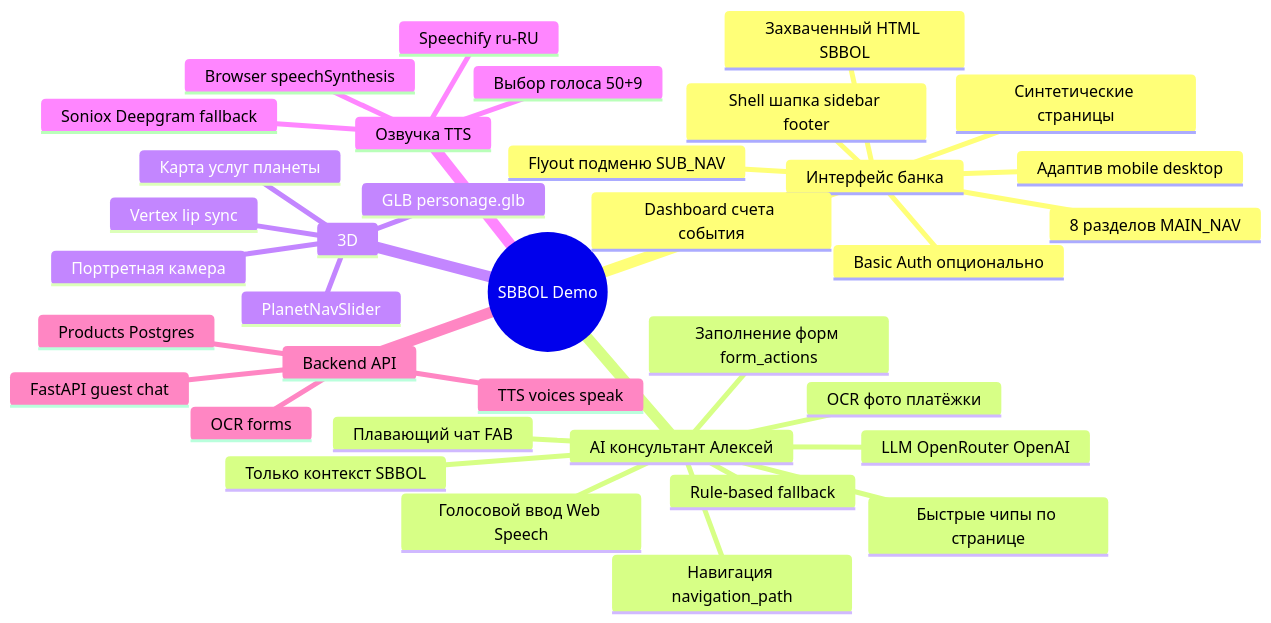
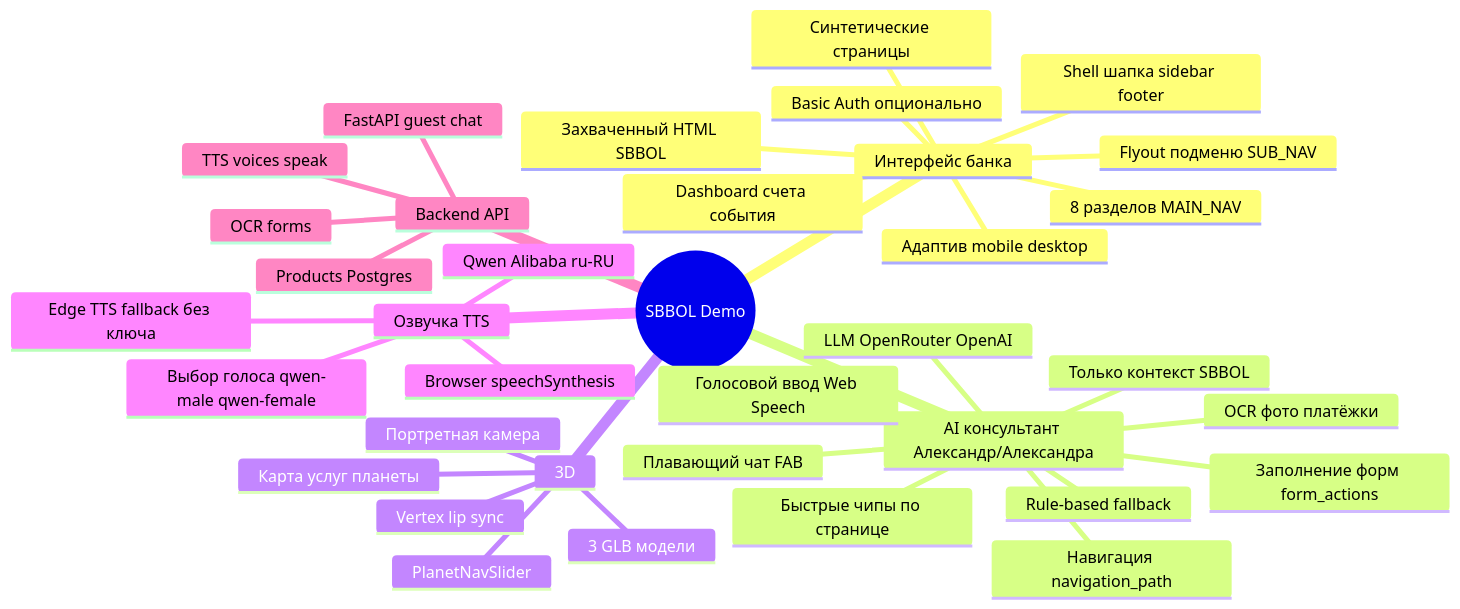
The first of 13 diagrams in docs/FEATURE_MAP.md (grrraaaa/mvp), drawn with Mermaid before and after one commit. The commit also changed other lines of this file and 56 other files, not shown here.

````diff
--- a/docs/FEATURE_MAP.md
+++ b/docs/FEATURE_MAP.md
@@ -11,39 +11,39 @@
 ```mermaid
 mindmap
   root((SBBOL Demo))
     Интерфейс банка
       Shell шапка sidebar footer
       8 разделов MAIN_NAV
       Flyout подменю SUB_NAV
       Dashboard счета события
       Захваченный HTML SBBOL
       Синтетические страницы
       Адаптив mobile desktop
       Basic Auth опционально
-    AI консультант Алексей
+    AI консультант Александр/Александра
       Плавающий чат FAB
       LLM OpenRouter OpenAI
       Rule-based fallback
       Только контекст SBBOL
       Навигация navigation_path
       Заполнение форм form_actions
       Быстрые чипы по странице
       Голосовой ввод Web Speech
       OCR фото платёжки
     3D
       Карта услуг планеты
       PlanetNavSlider
-      GLB personage.glb
+      3 GLB модели
       Vertex lip sync
       Портретная камера
     Озвучка TTS
-      Speechify ru-RU
-      Выбор голоса 50+9
-      Soniox Deepgram fallback
+      Qwen Alibaba ru-RU
+      Выбор голоса qwen-male qwen-female
+      Edge TTS fallback без ключа
       Browser speechSynthesis
     Backend API
       FastAPI guest chat
       TTS voices speak
       OCR forms
       Products Postgres
 ```
````
